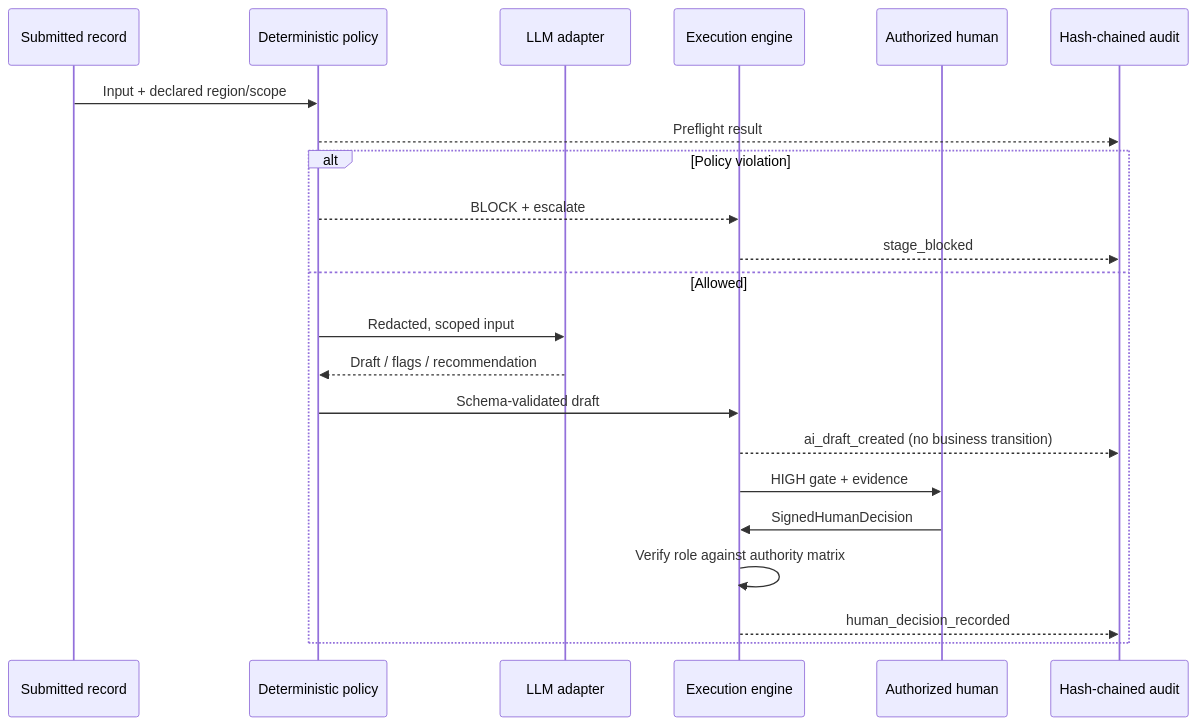
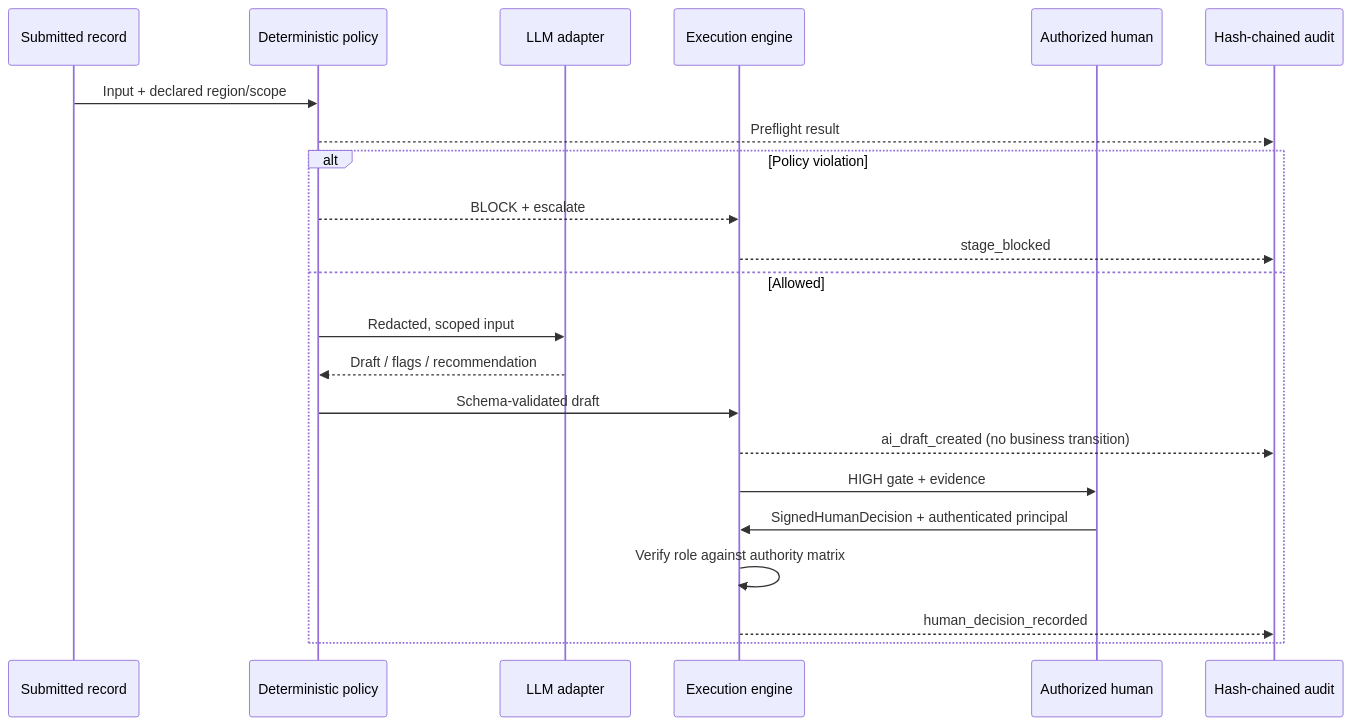
The second of 2 diagrams in README.md (Mohamed3042/enterprise-ai-automation-templates), drawn with Mermaid before and after one commit. The commit also changed other lines of this file and 93 other files, not shown here.

````diff
--- a/README.md
+++ b/README.md
@@ -109,24 +178,24 @@
 ```mermaid
 sequenceDiagram
     participant U as Submitted record
     participant P as Deterministic policy
     participant A as LLM adapter
     participant E as Execution engine
     participant H as Authorized human
     participant L as Hash-chained audit
     U->>P: Input + declared region/scope
     P-->>L: Preflight result
     alt Policy violation
         P-->>E: BLOCK + escalate
         E-->>L: stage_blocked
     else Allowed
         P->>A: Redacted, scoped input
         A-->>P: Draft / flags / recommendation
         P->>E: Schema-validated draft
         E-->>L: ai_draft_created (no business transition)
         E->>H: HIGH gate + evidence
-        H->>E: SignedHumanDecision
+        H->>E: SignedHumanDecision + authenticated principal
         E->>E: Verify role against authority matrix
         E-->>L: human_decision_recorded
     end
 ```
````
